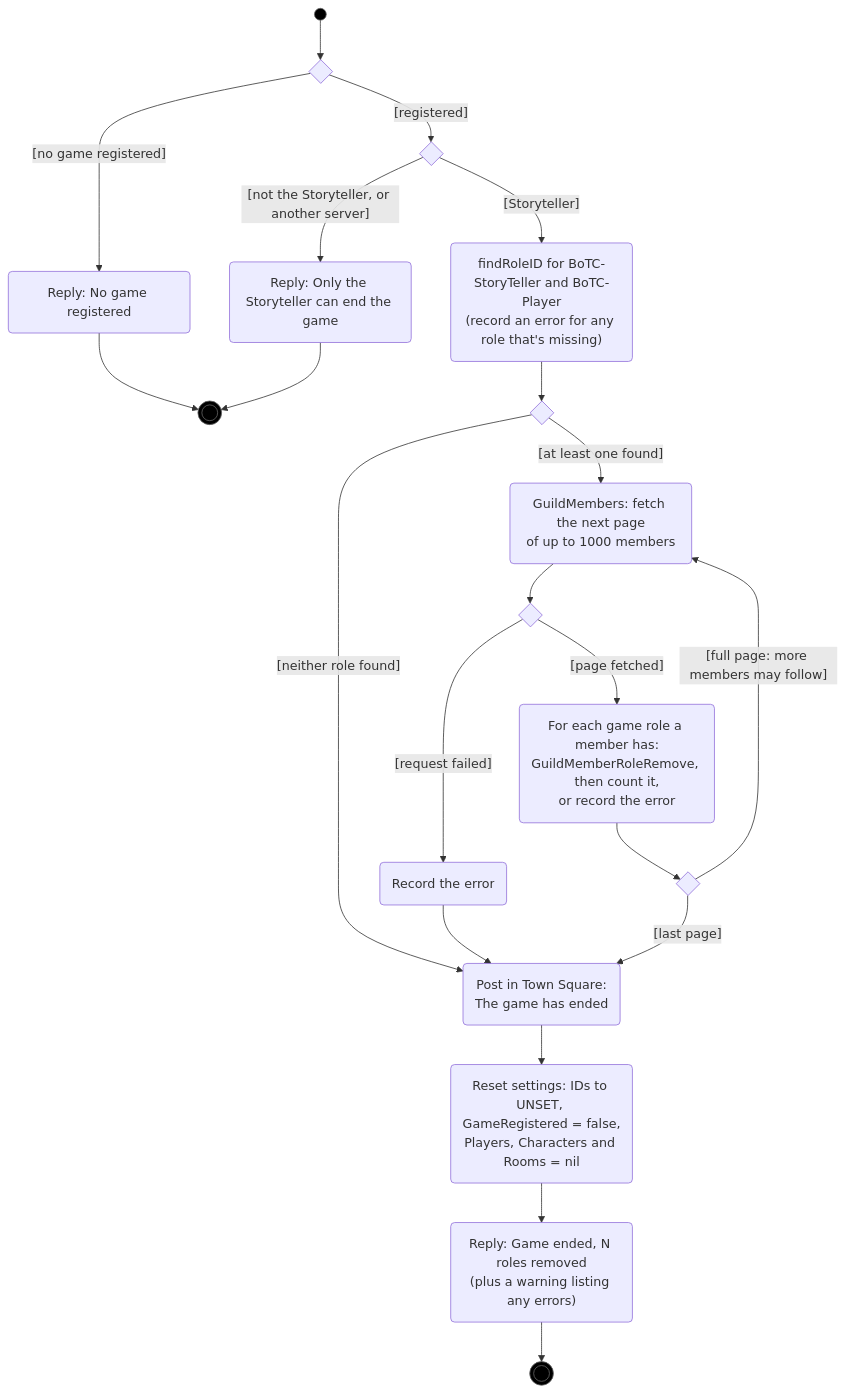
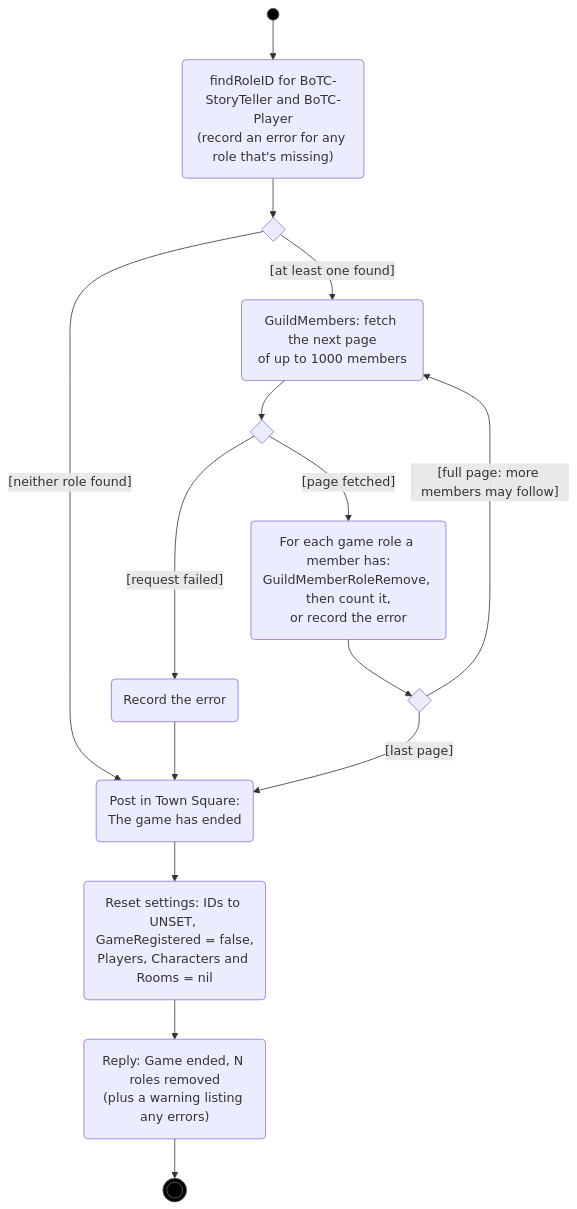
The third of 6 diagrams in docs/uml/game-lifecycle.md (RAGNOARAKNOS/BotOnTheClocktower), drawn with Mermaid before and after one commit. The commit also changed other lines of this file and 18 other files, not shown here.

````diff
--- a/docs/uml/game-lifecycle.md
+++ b/docs/uml/game-lifecycle.md
@@ -70,26 +72,20 @@
 ```mermaid
 flowchart TD
-    start((" ")):::initial --> d1{" "}
-    d1 -->|"[no game registered]"| r1("Reply: No game registered")
-    d1 -->|"[registered]"| d2{" "}
-    d2 -->|"[not the Storyteller, or another server]"| r2("Reply: Only the Storyteller can end the game")
-    d2 -->|"[Storyteller]"| look("findRoleID for BoTC-StoryTeller and BoTC-Player<br/>(record an error for any role that's missing)")
+    start((" ")):::initial --> look("findRoleID for BoTC-StoryTeller and BoTC-Player<br/>(record an error for any role that's missing)")
     look --> d3{" "}
     d3 -->|"[neither role found]"| announce
     d3 -->|"[at least one found]"| page("GuildMembers: fetch the next page<br/>of up to 1000 members")
     page --> d4{" "}
     d4 -->|"[request failed]"| recErr("Record the error")
     d4 -->|"[page fetched]"| strip("For each game role a member has:<br/>GuildMemberRoleRemove, then count it,<br/>or record the error")
     strip --> d5{" "}
     d5 -->|"[full page: more members may follow]"| page
     d5 -->|"[last page]"| announce("Post in Town Square:<br/>The game has ended")
     recErr --> announce
     announce --> reset("Reset settings: IDs to UNSET, GameRegistered = false,<br/>Players, Characters and Rooms = nil")
     reset --> reply("Reply: Game ended, N roles removed<br/>(plus a warning listing any errors)")
-    r1 --> refused(((" "))):::final
-    r2 --> refused
     reply --> ended(((" "))):::final
 
     classDef initial fill:#000,stroke:#666
     classDef final fill:#000,stroke:#666
 ```
````
